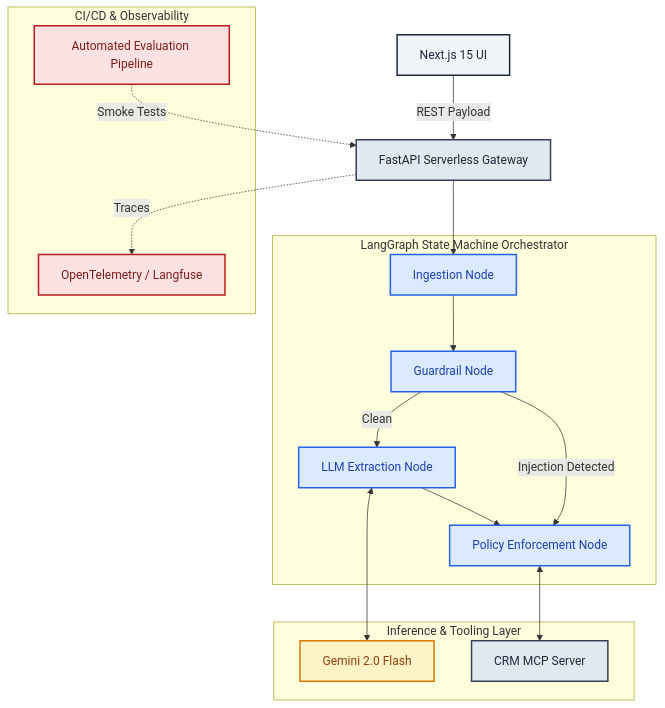
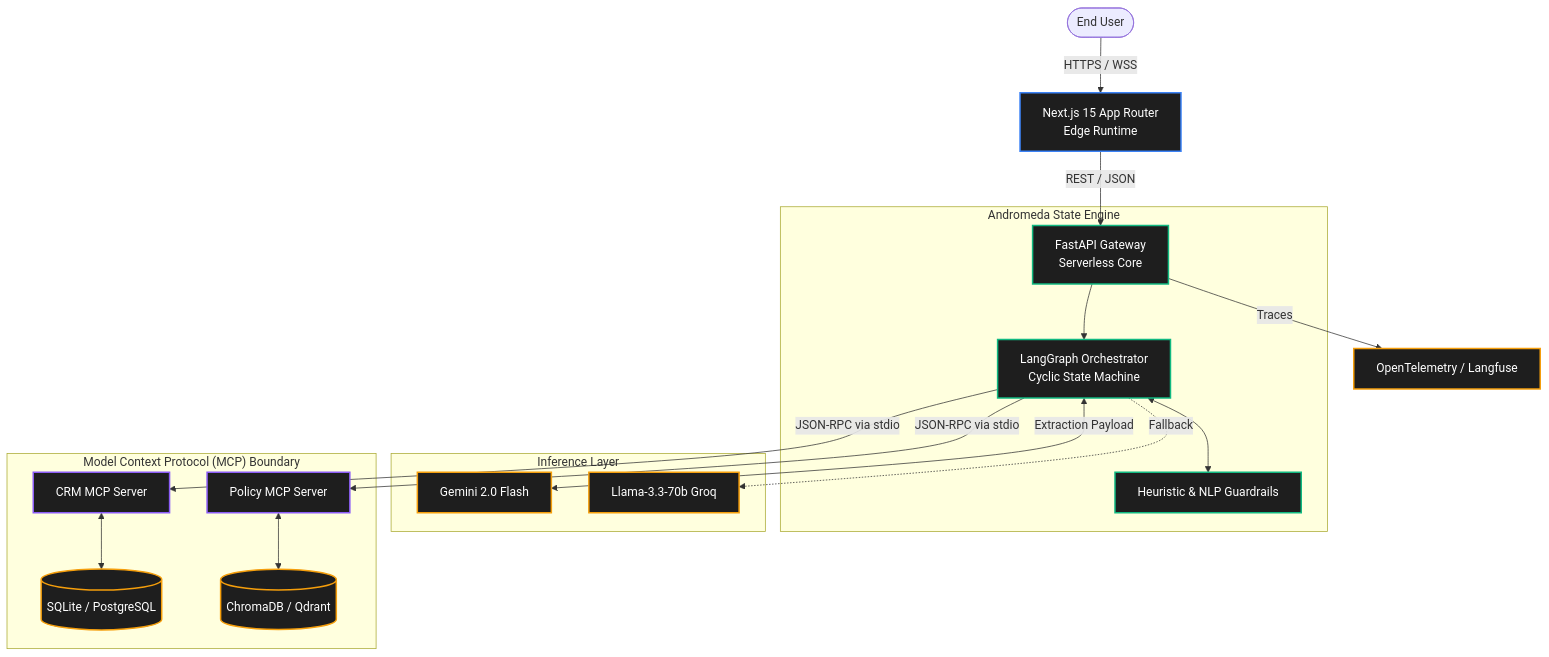
The first of 2 diagrams in README.md (kunal-gh/Andromeda), drawn with Mermaid before and after one commit. The commit also changed other lines of this file and 12 other files, not shown here.

````diff
--- a/README.md
+++ b/README.md
@@ -99,44 +37,30 @@
 ```mermaid
 graph TD
     %% Styling
-    classDef client fill:#f0f4f8,stroke:#1e293b,stroke-width:2px,color:#1e293b
-    classDef api fill:#e2e8f0,stroke:#334155,stroke-width:2px,color:#1e293b
-    classDef stateGraph fill:#dbeafe,stroke:#2563eb,stroke-width:2px,color:#1e40af
-    classDef llm fill:#fef3c7,stroke:#d97706,stroke-width:2px,color:#92400e
-    classDef eval fill:#fee2e2,stroke:#b91c1c,stroke-width:2px,color:#7f1d1d
+    classDef frontend fill:#1e1e1e,stroke:#3b82f6,stroke-width:2px,color:#ffffff
+    classDef gateway fill:#1e1e1e,stroke:#10b981,stroke-width:2px,color:#ffffff
+    classDef mcp fill:#1e1e1e,stroke:#8b5cf6,stroke-width:2px,color:#ffffff
+    classDef infra fill:#1e1e1e,stroke:#f59e0b,stroke-width:2px,color:#ffffff
     
-    %% Nodes
-    Client[Next.js 15 UI]:::client
-    FastAPI[FastAPI Serverless Gateway]:::api
+    User([End User]) -->|HTTPS / WSS| UI[Next.js 15 App Router\nEdge Runtime]:::frontend
+    UI -->|REST / JSON| Gateway[FastAPI Gateway\nServerless Core]:::gateway
     
-    subgraph "LangGraph State Machine Orchestrator"
-        Ingest[Ingestion Node]:::stateGraph
-        Guard[Guardrail Node]:::stateGraph
-        Extractor[LLM Extraction Node]:::stateGraph
-        Policy[Policy Enforcement Node]:::stateGraph
+    subgraph "Andromeda State Engine"
+        Gateway --> Orchestrator[LangGraph Orchestrator\nCyclic State Machine]:::gateway
+        Orchestrator <--> Guardrails[Heuristic & NLP Guardrails]:::gateway
     end
     
-    subgraph "Inference & Tooling Layer"
-        Gemini[Gemini 2.0 Flash]:::llm
-        MCP_CRM[CRM MCP Server]:::api
+    subgraph "Inference Layer"
+        Orchestrator <-->|Extraction Payload| LLM_Pri[Gemini 2.0 Flash]:::infra
+        Orchestrator -.->|Fallback| LLM_Sec[Llama-3.3-70b Groq]:::infra
     end
     
-    subgraph "CI/CD & Observability"
-        Eval[Automated Evaluation Pipeline]:::eval
-        OTEL[OpenTelemetry / Langfuse]:::eval
+    subgraph "Model Context Protocol (MCP) Boundary"
+        Orchestrator -->|JSON-RPC via stdio| CRM[CRM MCP Server]:::mcp
+        Orchestrator -->|JSON-RPC via stdio| Policy[Policy MCP Server]:::mcp
+        CRM <--> DB[(SQLite / PostgreSQL)]:::infra
+        Policy <--> VecDB[(ChromaDB / Qdrant)]:::infra
     end
-
-    %% Edges
-    Client -->|REST Payload| FastAPI
-    FastAPI --> Ingest
-    Ingest --> Guard
-    Guard -->|Injection Detected| Policy
-    Guard -->|Clean| Extractor
     
-    Extractor <--> Gemini
-    Extractor --> Policy
-    Policy <--> MCP_CRM
-    
-    FastAPI -.->|Traces| OTEL
-    Eval -.->|Smoke Tests| FastAPI
+    Gateway -->|Traces| OTEL[OpenTelemetry / Langfuse]:::infra
 ```
````
